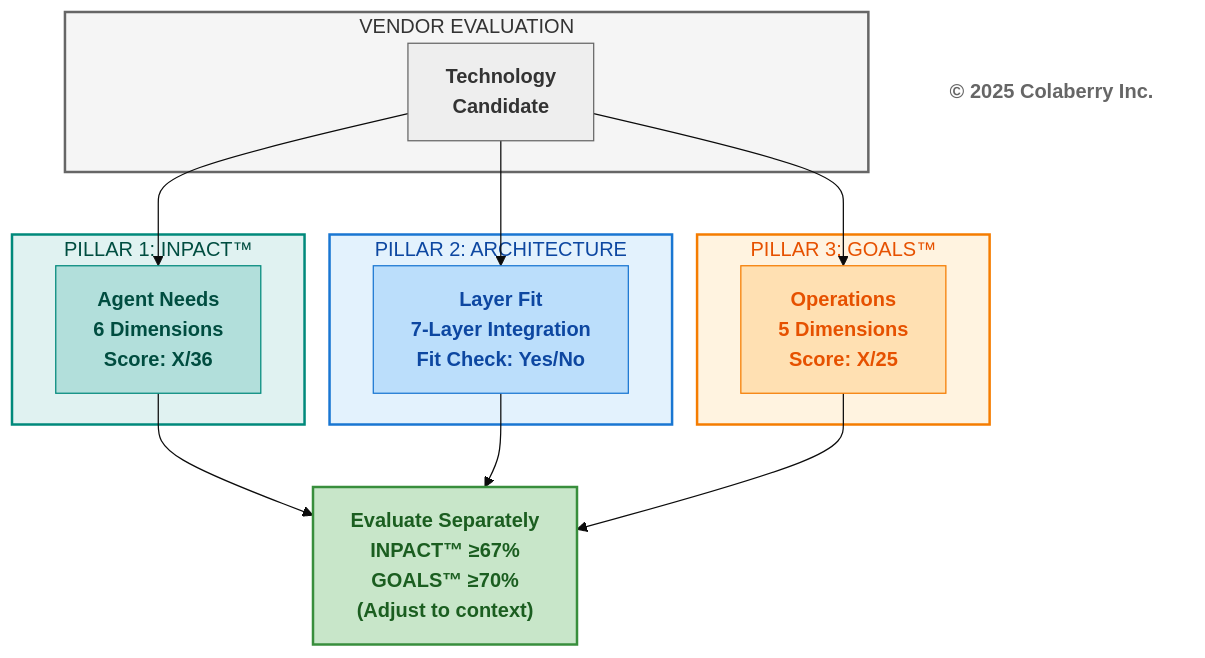
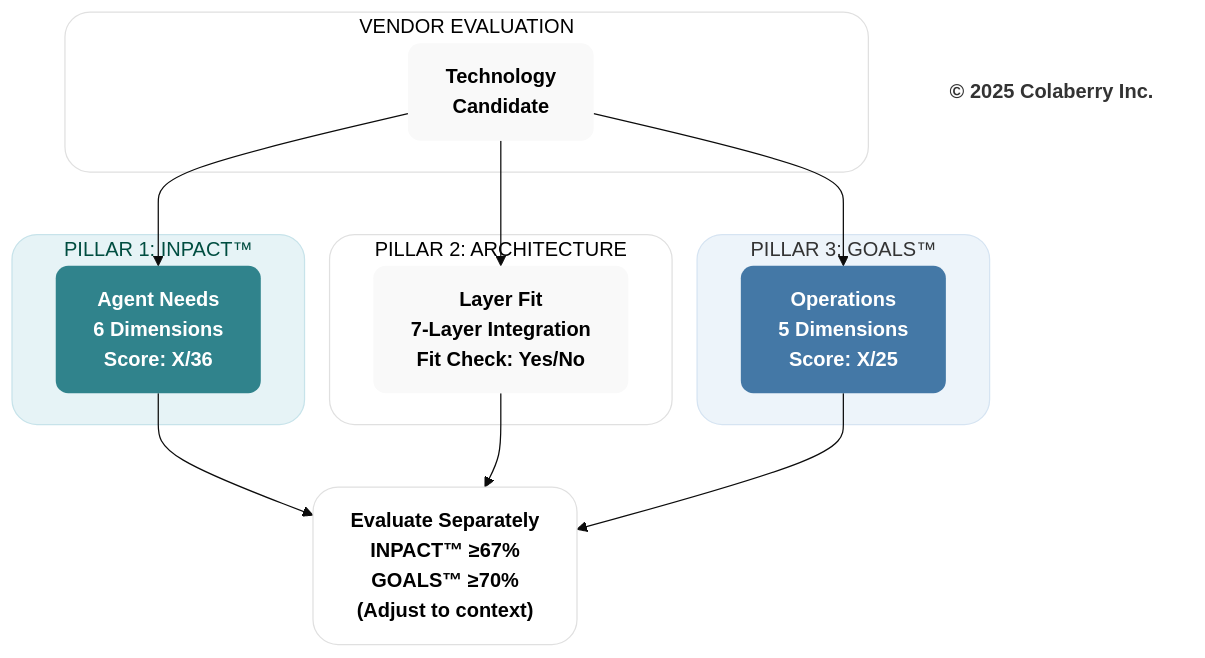
One commit to saitejesh-cyber/trust-before-intelligence-book changed the second of 5 diagrams in manuscript/12_chapter_11_technology_selection_guide.md. Above: the diagram before and after it, drawn with Mermaid (base theme). The commit also changed other lines of this file and 7 other files, not shown here.

Commit message:
Chapter 6to13: Updated mermaid diagrams based on new colaberry color code

````diff
--- a/manuscript/12_chapter_11_technology_selection_guide.md
+++ b/manuscript/12_chapter_11_technology_selection_guide.md
@@ -101,39 +101,39 @@
 ```mermaid
 graph TD
     subgraph VENDOR["VENDOR EVALUATION"]
         V["<b>Technology<br/>Candidate</b>"]
     end
     
     subgraph PILLAR1["PILLAR 1: INPACT™"]
         P1["<b>Agent Needs</b><br/><b>6 Dimensions</b><br/><b>Score: X/36</b>"]
     end
     
     subgraph PILLAR2["PILLAR 2: ARCHITECTURE"]
         P2["<b>Layer Fit</b><br/><b>7-Layer Integration</b><br/><b>Fit Check: Yes/No</b>"]
     end
     
     subgraph PILLAR3["PILLAR 3: GOALS™"]
         P3["<b>Operations</b><br/><b>5 Dimensions</b><br/><b>Score: X/25</b>"]
     end
     
     V --> P1
     V --> P2
     V --> P3
     
     P1 --> EVAL["<b>Evaluate Separately</b><br/><b>INPACT™ ≥67%</b><br/><b>GOALS™ ≥70%</b><br/><b>(Adjust to context)</b>"]
     P2 --> EVAL
     P3 --> EVAL
     
     Copyright["<b>© 2025 Colaberry Inc.</b>"]
     
-    style VENDOR fill:#f5f5f5,stroke:#666666,stroke-width:2px,color:#333333
-    style PILLAR1 fill:#e0f2f1,stroke:#00897b,stroke-width:2px,color:#004d40
-    style PILLAR2 fill:#e3f2fd,stroke:#1976d2,stroke-width:2px,color:#0d47a1
-    style PILLAR3 fill:#fff3e0,stroke:#f57c00,stroke-width:2px,color:#e65100
-    style V fill:#eeeeee,stroke:#666666,color:#333333
-    style P1 fill:#b2dfdb,stroke:#00897b,color:#004d40
-    style P2 fill:#bbdefb,stroke:#1976d2,color:#0d47a1
-    style P3 fill:#ffe0b2,stroke:#f57c00,color:#e65100
-    style EVAL fill:#c8e6c9,stroke:#388e3c,stroke-width:2px,color:#1b5e20
-    style Copyright fill:#ffffff,stroke:none,color:#666666
+    style VENDOR fill:#ffffff,stroke:#e0e0e0,stroke-width:1px,color:#000000,rx:20,ry:20
+    style PILLAR1 fill:#e6f3f6,stroke:#c7e3ea,stroke-width:1px,color:#004d40,rx:20,ry:20
+    style PILLAR2 fill:#ffffff,stroke:#e0e0e0,stroke-width:1px,color:#000000,rx:20,ry:20
+    style PILLAR3 fill:#edf4fa,stroke:#d6e4f2,stroke-width:1px,color:#333333,rx:20,ry:20
+    style V fill:#f9f9f9,stroke:none,color:#000000,rx:10,ry:10
+    style P1 fill:#30838C,stroke:none,color:#ffffff,rx:10,ry:10
+    style P2 fill:#f9f9f9,stroke:none,color:#000000,rx:10,ry:10
+    style P3 fill:#4478A6,stroke:none,color:#ffffff,rx:10,ry:10
+    style EVAL fill:#ffffff,stroke:#e0e0e0,stroke-width:1px,color:#000000,rx:20,ry:20
+    style Copyright fill:none,stroke:none,color:#333333
 ```
````
